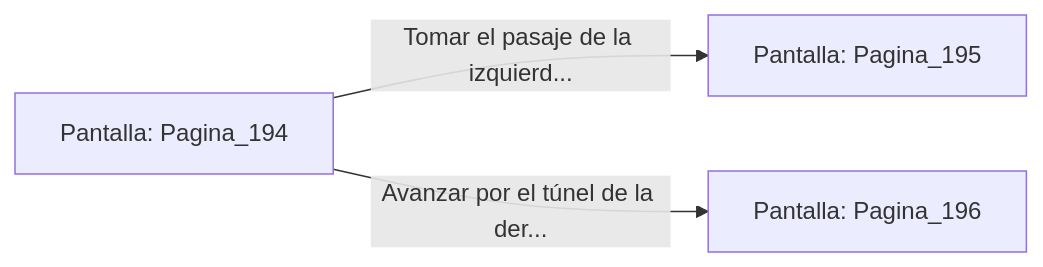
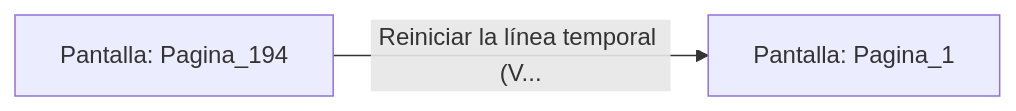
Before and after one commit to metsuke/mpl: the diagram in sample/eligejuego-vault/Pantalla_Pagina_194.md, drawn with Mermaid. The commit also changed other lines of this file and 635 other files, not shown here.

First line of the commit message:
fix: añadir Pagina_1 como pantalla inicial en capitulo_01.mpl

````diff
--- a/sample/eligejuego-vault/Pantalla_Pagina_194.md
+++ b/sample/eligejuego-vault/Pantalla_Pagina_194.md
@@ -20,6 +17,5 @@
 ```mermaid
 graph LR
     P_Pagina_194["Pantalla: Pagina_194"]
-    P_Pagina_194 -->|"Tomar el pasaje de la izquierd..."| P_Pagina_195["Pantalla: Pagina_195"]
-    P_Pagina_194 -->|"Avanzar por el túnel de la der..."| P_Pagina_196["Pantalla: Pagina_196"]
+    P_Pagina_194 -->|"Reiniciar la línea temporal (V..."| P_Pagina_1["Pantalla: Pagina_1"]
 ```
````
